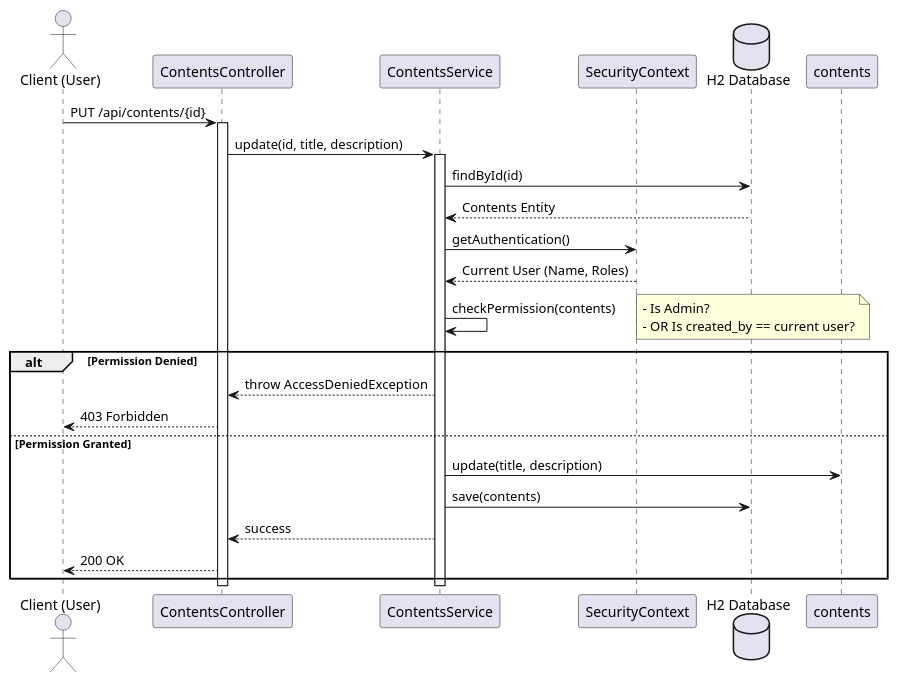
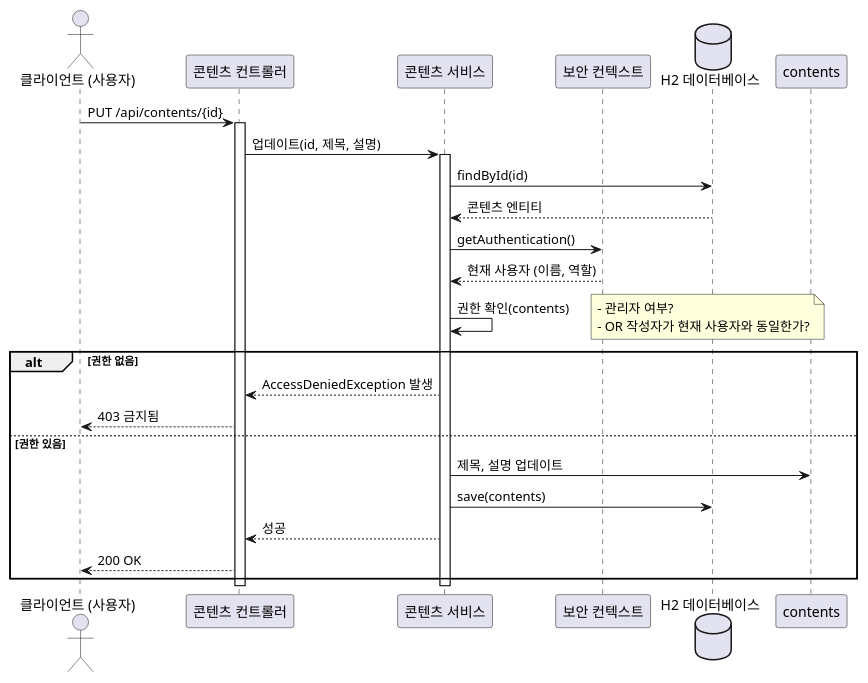
One commit to creepereye1204/malgn changed the diagram in docs/permission-sequence.puml. Above: the diagram before and after it, drawn with PlantUML. The commit also changed 1 other file, not shown here.

Commit message:
docs: permission-sequence 한글화

```diff
--- a/docs/permission-sequence.puml
+++ b/docs/permission-sequence.puml
@@ -1,38 +1,38 @@
 @startuml
-actor "Client (User)" as client
-participant "ContentsController" as controller
-participant "ContentsService" as service
-participant "SecurityContext" as security
-database "H2 Database" as db
+actor "클라이언트 (사용자)" as client
+participant "콘텐츠 컨트롤러" as controller
+participant "콘텐츠 서비스" as service
+participant "보안 컨텍스트" as security
+database "H2 데이터베이스" as db
 
 client -> controller : PUT /api/contents/{id}
 activate controller
 
-controller -> service : update(id, title, description)
+controller -> service : 업데이트(id, 제목, 설명)
 activate service
 
 service -> db : findById(id)
-db --> service : Contents Entity
+db --> service : 콘텐츠 엔티티
 
 service -> security : getAuthentication()
-security --> service : Current User (Name, Roles)
+security --> service : 현재 사용자 (이름, 역할)
 
-service -> service : checkPermission(contents)
+service -> service : 권한 확인(contents)
 note right
-  - Is Admin?
-  - OR Is created_by == current user?
+  - 관리자 여부?
+  - OR 작성자가 현재 사용자와 동일한가?
 end note
 
-alt Permission Denied
-    service --> controller : throw AccessDeniedException
-    controller --> client : 403 Forbidden
-else Permission Granted
-    service -> contents : update(title, description)
+alt 권한 없음
+    service --> controller : AccessDeniedException 발생
+    controller --> client : 403 금지됨
+else 권한 있음
+    service -> contents : 제목, 설명 업데이트
     service -> db : save(contents)
-    service --> controller : success
+    service --> controller : 성공
     controller --> client : 200 OK
 end
 
 deactivate service
 deactivate controller
 @enduml
```
